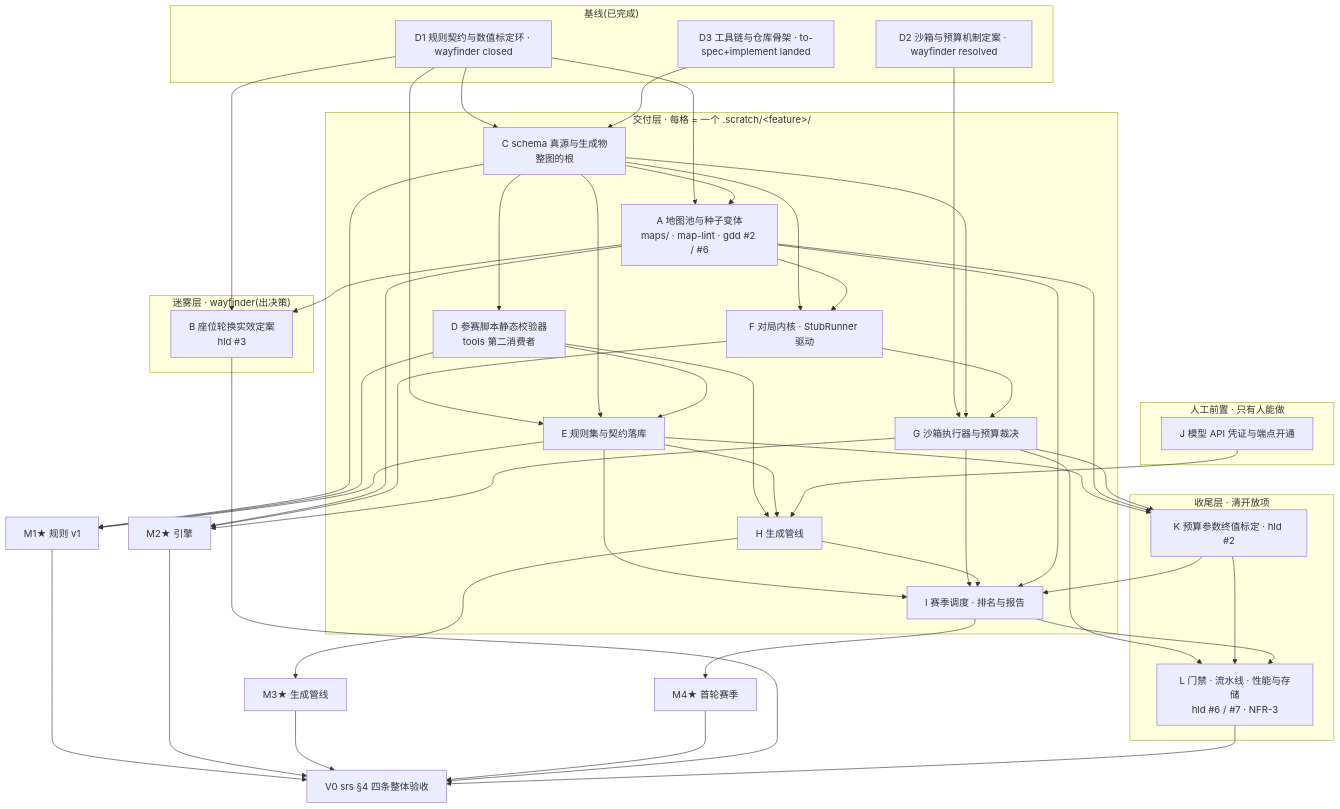
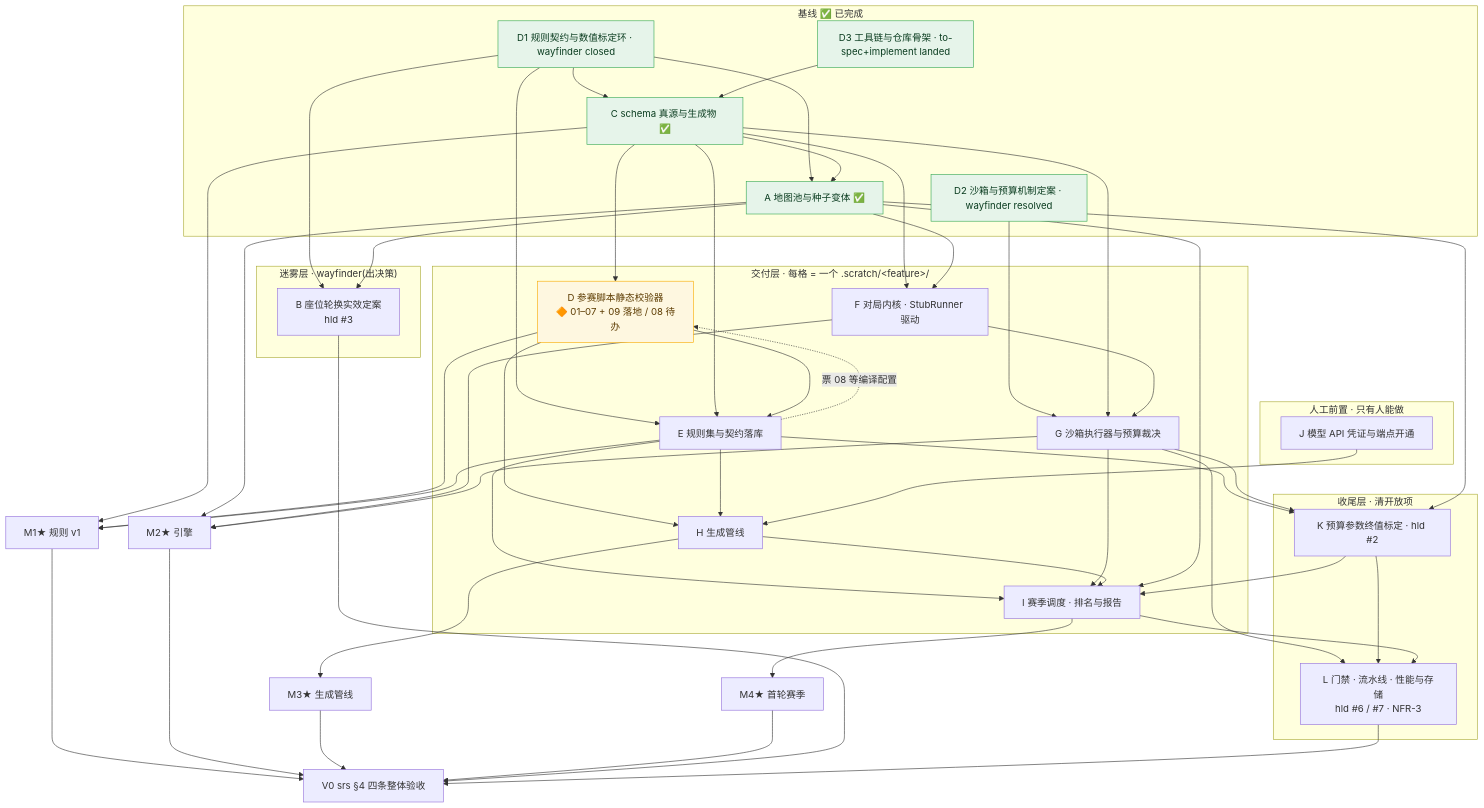
One commit to orionpax1997/model-war changed the diagram in docs/diagrams/v0-milestone-dag.md. Above: the diagram before and after it, drawn with Mermaid. The commit also changed other lines of this file, not shown here.

````diff
--- a/docs/diagrams/v0-milestone-dag.md
+++ b/docs/diagrams/v0-milestone-dag.md
@@ -41,9 +46,11 @@
 ```mermaid
 flowchart TB
-  subgraph base["基线(已完成)"]
+  subgraph base["基线 ✅ 已完成"]
     D1["D1 规则契约与数值标定环 · wayfinder closed"]
     D2["D2 沙箱与预算机制定案 · wayfinder resolved"]
     D3["D3 工具链与仓库骨架 · to-spec+implement landed"]
+    C["C schema 真源与生成物 ✅"]
+    A["A 地图池与种子变体 ✅"]
   end
 
   subgraph fog["迷雾层 · wayfinder(出决策)"]
@@ -55,9 +62,7 @@
   end
 
   subgraph build["交付层 · 每格 = 一个 .scratch/&lt;feature&gt;/"]
-    C["C schema 真源与生成物<br/>整图的根"]
-    A["A 地图池与种子变体<br/>maps/ · map-lint · gdd #2 / #6"]
-    D["D 参赛脚本静态校验器<br/>tools 第二消费者"]
+    D["D 参赛脚本静态校验器<br/>🔶 01–07 + 09 落地 / 08 待办"]
     E["E 规则集与契约落库"]
     F["F 对局内核 · StubRunner 驱动"]
     G["G 沙箱执行器与预算裁决"]
@@ -86,6 +91,7 @@
   C --> E
   C --> F
   D --> E
+  E -.->|"票 08 等编译配置"| D
   A --> F
   D --> H
   E --> H
@@ -120,4 +126,9 @@
   M4 --> V0
   B --> V0
   L --> V0
+
+  classDef done fill:#e6f4ea,stroke:#34a853,color:#0b3d20
+  classDef doing fill:#fef7e0,stroke:#f9ab00,color:#5c3b00
+  class D1,D2,D3,C,A done
+  class D doing
 ```
````
